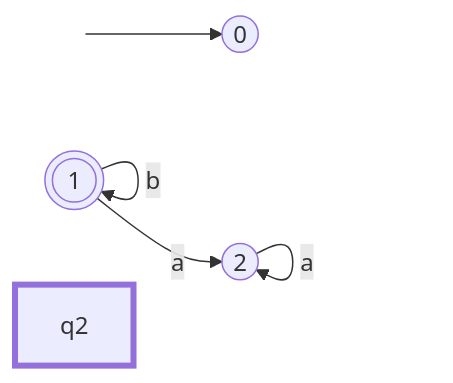
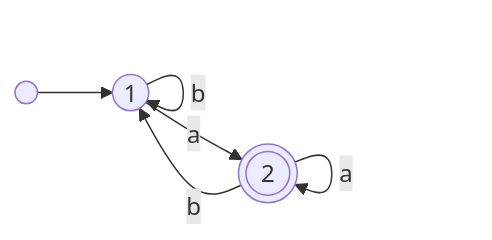
The diagram in README.md (SteelPotathor/GUI-Automaton-Simulator), drawn with Mermaid before and after one commit. The commit also changed other lines of this file, not shown here.

````diff
--- a/README.md
+++ b/README.md
@@ -180,10 +180,8 @@
 ```mermaid
 graph LR
-    start(( )) --> 0((0))
+    start(( )) --> 1((1))
     1 -- a --> 2((2))
-    1 -- b --> 1(((1)))
-    2 -- a --> 2
-    
-    style start fill:none,stroke:none
-    style q2 stroke-width:4px
+    1 -- b --> 1((1))
+    2 -- a --> 2(((2)))
+    2 -- b --> 1((1))
 ```
````
